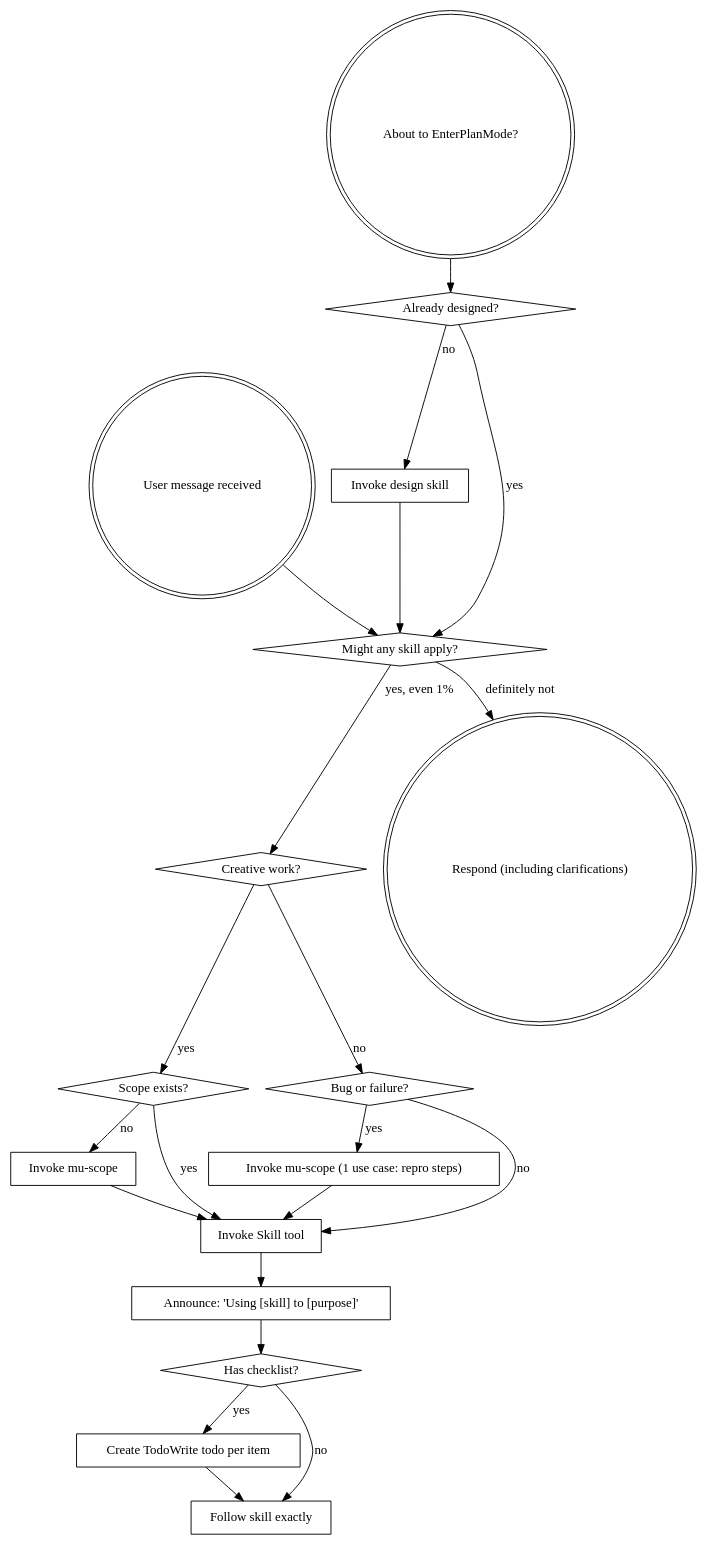
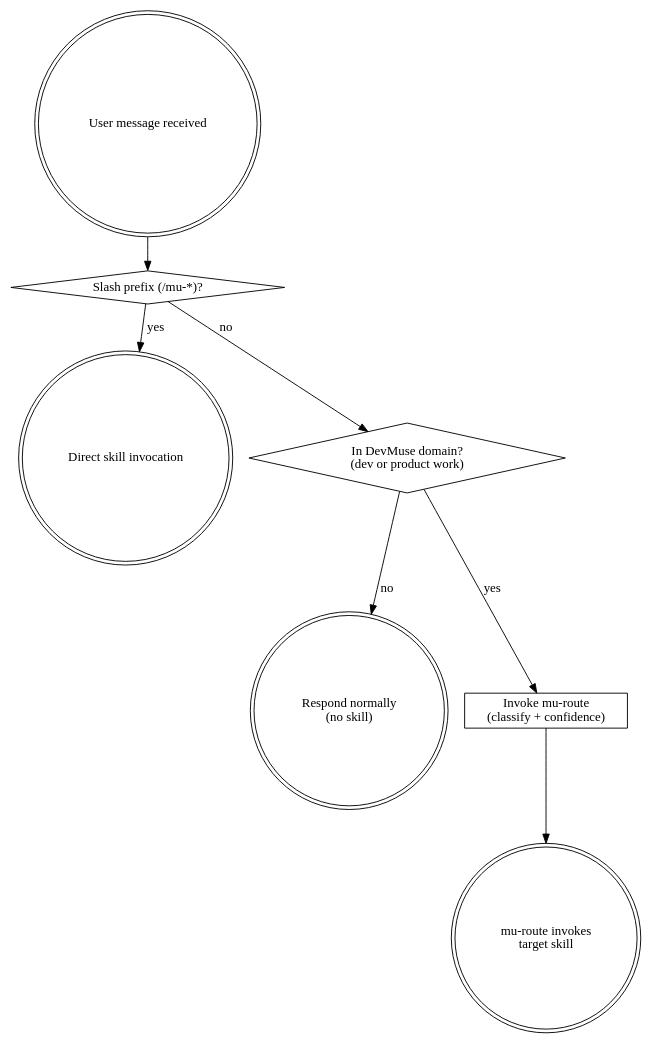
One commit to knotmark-ai/devmuse changed the diagram in rules/bootstrap.md. Above: the diagram before and after it, drawn with Graphviz. The commit also changed other lines of this file and 9 other files, not shown here.

First line of the commit message:
refactor: confidence-based routing + domain filter + on-demand skills

````diff
--- a/rules/bootstrap.md
+++ b/rules/bootstrap.md
@@ -38,42 +48,18 @@
 ```dot
 digraph skill_flow {
     "User message received" [shape=doublecircle];
-    "About to EnterPlanMode?" [shape=doublecircle];
-    "Already designed?" [shape=diamond];
-    "Invoke design skill" [shape=box];
-    "Might any skill apply?" [shape=diamond];
-    "Creative work?" [shape=diamond];
-    "Scope exists?" [shape=diamond];
-    "Bug or failure?" [shape=diamond];
-    "Invoke mu-scope (1 use case: repro steps)" [shape=box];
-    "Invoke mu-scope" [shape=box];
-    "Invoke Skill tool" [shape=box];
-    "Announce: 'Using [skill] to [purpose]'" [shape=box];
-    "Has checklist?" [shape=diamond];
-    "Create TodoWrite todo per item" [shape=box];
-    "Follow skill exactly" [shape=box];
-    "Respond (including clarifications)" [shape=doublecircle];
+    "Slash prefix (/mu-*)?" [shape=diamond];
+    "Direct skill invocation" [shape=doublecircle];
+    "In DevMuse domain?\n(dev or product work)" [shape=diamond];
+    "Respond normally\n(no skill)" [shape=doublecircle];
+    "Invoke mu-route\n(classify + confidence)" [shape=box];
+    "mu-route invokes\ntarget skill" [shape=doublecircle];
 
-    "About to EnterPlanMode?" -> "Already designed?";
-    "Already designed?" -> "Invoke design skill" [label="no"];
-    "Already designed?" -> "Might any skill apply?" [label="yes"];
-    "Invoke design skill" -> "Might any skill apply?";
-
-    "User message received" -> "Might any skill apply?";
-    "Might any skill apply?" -> "Creative work?" [label="yes, even 1%"];
-    "Might any skill apply?" -> "Respond (including clarifications)" [label="definitely not"];
-    "Creative work?" -> "Scope exists?" [label="yes"];
-    "Creative work?" -> "Bug or failure?" [label="no"];
-    "Scope exists?" -> "Invoke mu-scope" [label="no"];
-    "Scope exists?" -> "Invoke Skill tool" [label="yes"];
-    "Bug or failure?" -> "Invoke mu-scope (1 use case: repro steps)" [label="yes"];
-    "Bug or failure?" -> "Invoke Skill tool" [label="no"];
-    "Invoke mu-scope" -> "Invoke Skill tool";
-    "Invoke mu-scope (1 use case: repro steps)" -> "Invoke Skill tool";
-    "Invoke Skill tool" -> "Announce: 'Using [skill] to [purpose]'";
-    "Announce: 'Using [skill] to [purpose]'" -> "Has checklist?";
-    "Has checklist?" -> "Create TodoWrite todo per item" [label="yes"];
-    "Has checklist?" -> "Follow skill exactly" [label="no"];
-    "Create TodoWrite todo per item" -> "Follow skill exactly";
+    "User message received" -> "Slash prefix (/mu-*)?";
+    "Slash prefix (/mu-*)?" -> "Direct skill invocation" [label="yes"];
+    "Slash prefix (/mu-*)?" -> "In DevMuse domain?\n(dev or product work)" [label="no"];
+    "In DevMuse domain?\n(dev or product work)" -> "Respond normally\n(no skill)" [label="no"];
+    "In DevMuse domain?\n(dev or product work)" -> "Invoke mu-route\n(classify + confidence)" [label="yes"];
+    "Invoke mu-route\n(classify + confidence)" -> "mu-route invokes\ntarget skill";
 }
 ```
````
